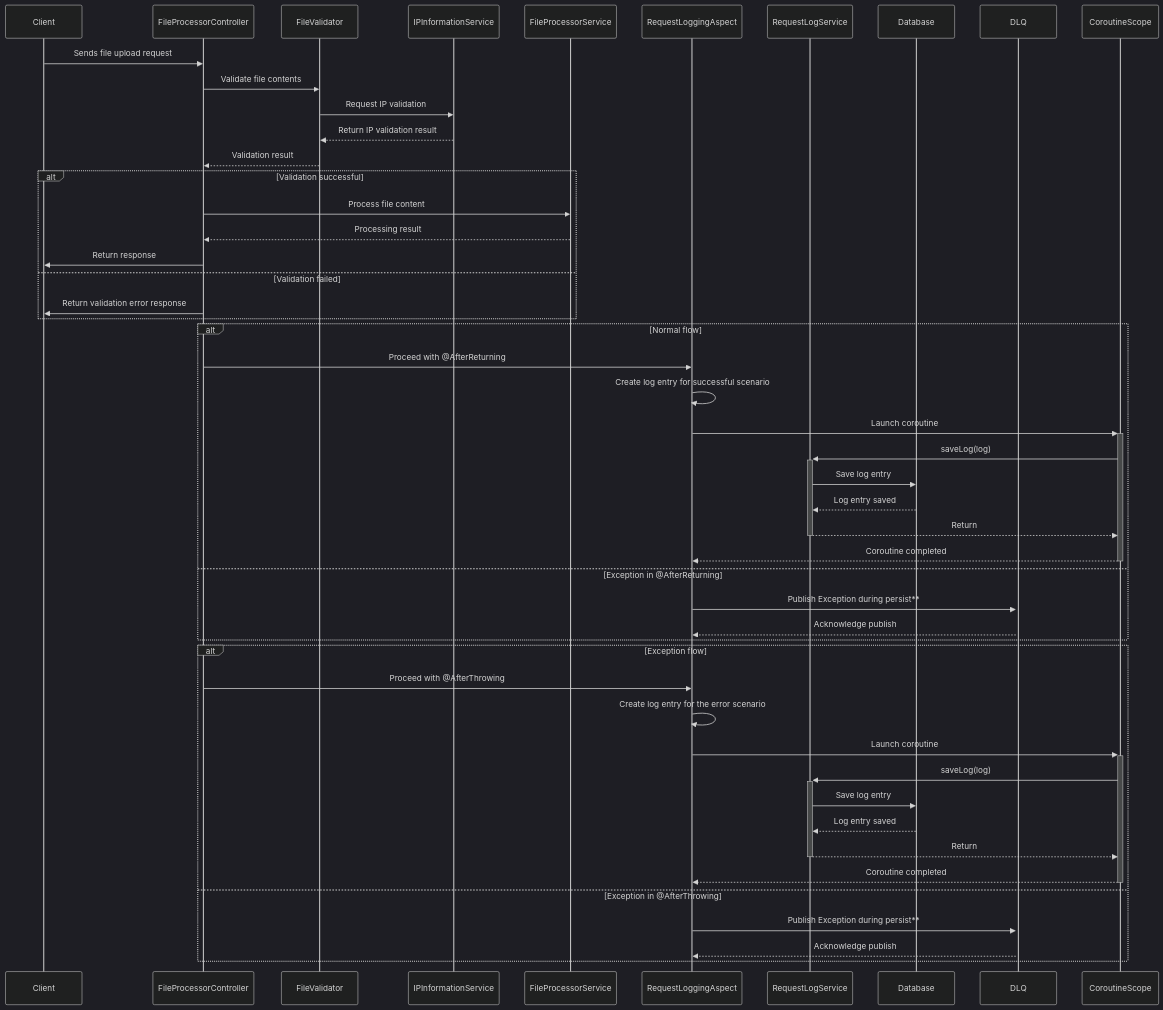
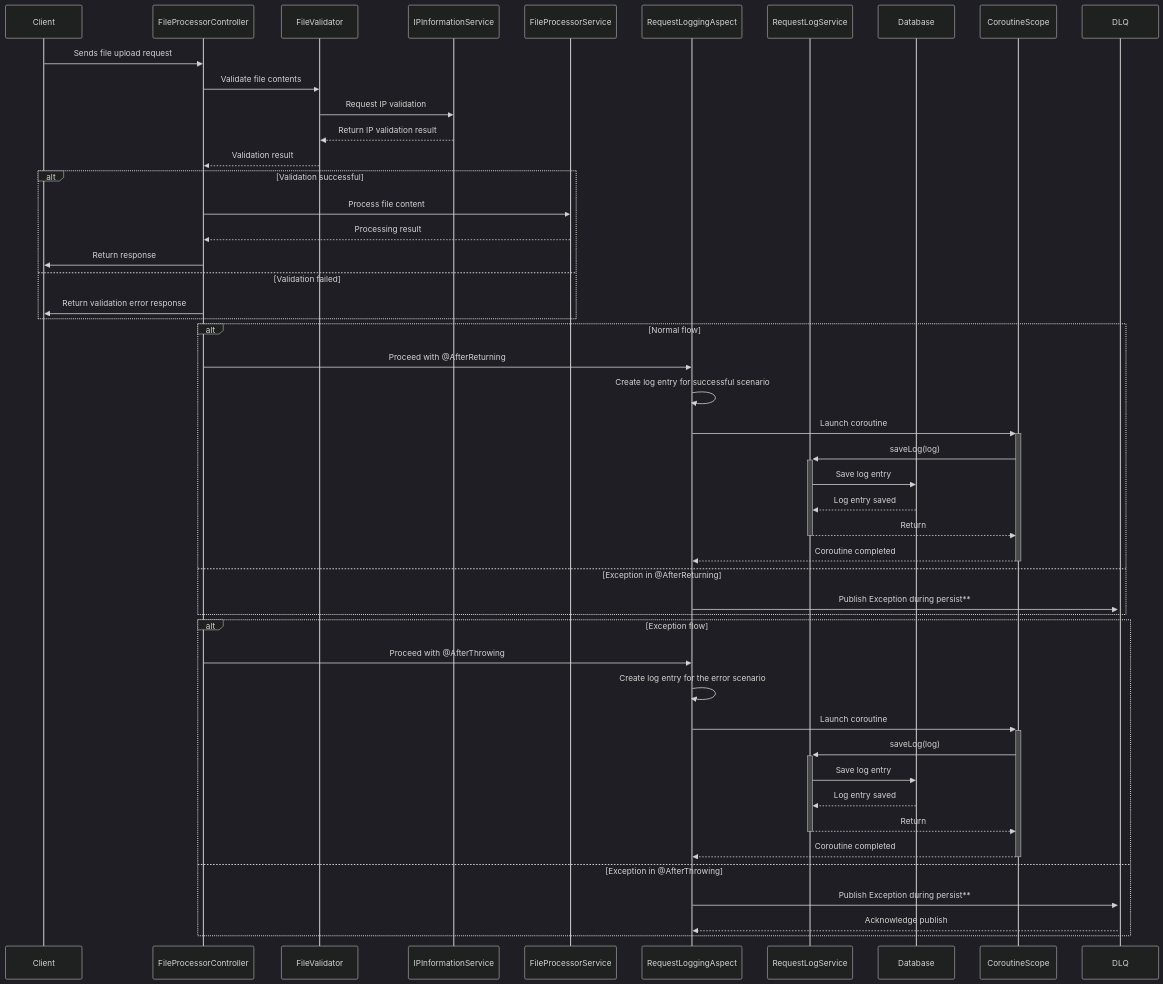
One commit to skkcoder/assessment changed the diagram in README.md. Above: the diagram before and after it, drawn with Mermaid (dark theme). The commit also changed other lines of this file, not shown here.

````diff
--- a/README.md
+++ b/README.md
@@ -27,52 +28,50 @@
 ```mermaid
 sequenceDiagram
    participant Client
    participant FileProcessorController
    participant FileValidator
    participant IPInformationService
    participant FileProcessorService
    participant RequestLoggingAspect
    participant RequestLogService
    participant Database
-   participant DLQ
    Client ->> FileProcessorController: Sends file upload request
    FileProcessorController ->> FileValidator: Validate file contents
    FileValidator ->> IPInformationService: Request IP validation
    IPInformationService -->> FileValidator: Return IP validation result
    FileValidator -->> FileProcessorController: Validation result
    alt Validation successful
       FileProcessorController ->> FileProcessorService: Process file content
       FileProcessorService -->> FileProcessorController: Processing result
       FileProcessorController ->> Client: Return response
    else Validation failed
       FileProcessorController ->> Client: Return validation error response
    end
 
    alt Normal flow
       FileProcessorController ->> RequestLoggingAspect: Proceed with @AfterReturning
       RequestLoggingAspect ->> RequestLoggingAspect: Create log entry for successful scenario
       RequestLoggingAspect ->>+ CoroutineScope: Launch coroutine
       CoroutineScope ->>+ RequestLogService: saveLog(log)
       RequestLogService ->> Database: Save log entry
       Database -->> RequestLogService: Log entry saved
       RequestLogService -->>- CoroutineScope: Return
       CoroutineScope -->>- RequestLoggingAspect: Coroutine completed
    else Exception in @AfterReturning
       RequestLoggingAspect ->>+ DLQ: Publish Exception during persist**
-      DLQ -->> RequestLoggingAspect: Acknowledge publish
    end
 
    alt Exception flow
       FileProcessorController ->> RequestLoggingAspect: Proceed with @AfterThrowing
       RequestLoggingAspect ->> RequestLoggingAspect: Create log entry for the error scenario
       RequestLoggingAspect ->>+ CoroutineScope: Launch coroutine
       CoroutineScope ->>+ RequestLogService: saveLog(log)
       RequestLogService ->> Database: Save log entry
       Database -->> RequestLogService: Log entry saved
       RequestLogService -->>- CoroutineScope: Return
       CoroutineScope -->>- RequestLoggingAspect: Coroutine completed
    else Exception in @AfterThrowing
       RequestLoggingAspect ->>+ DLQ: Publish Exception during persist**
       DLQ -->> RequestLoggingAspect: Acknowledge publish
    end
 ```
````
